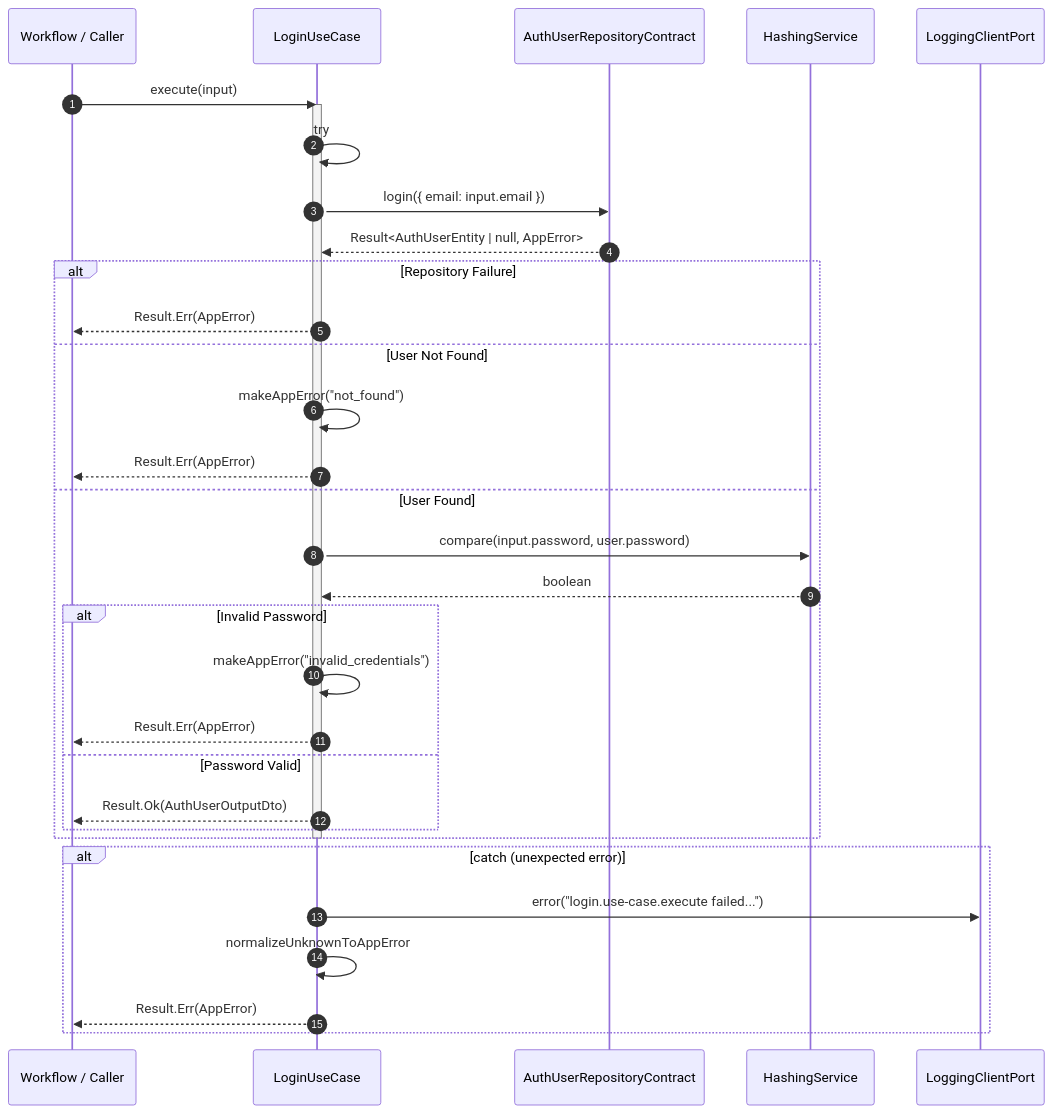
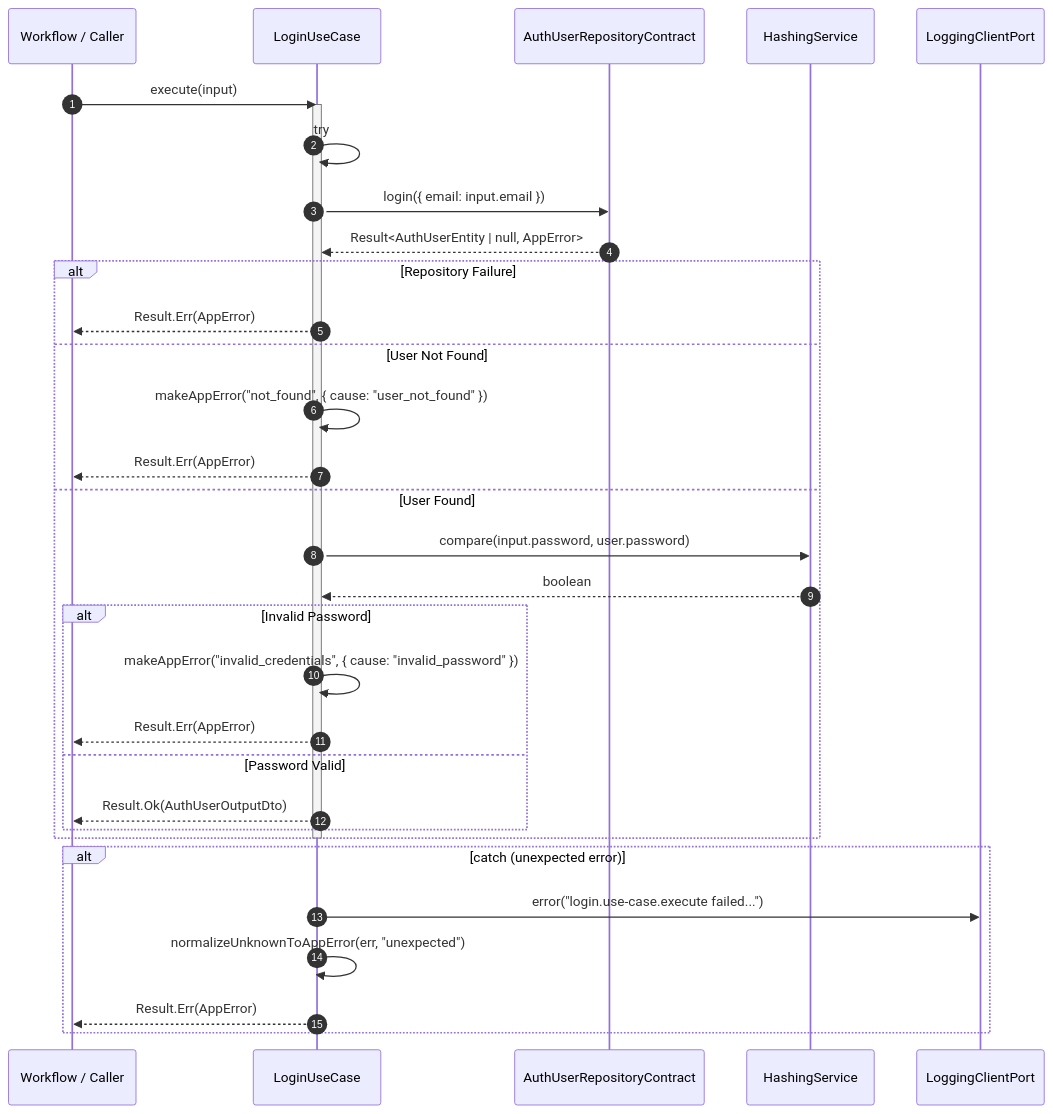
Before and after one commit to andrewpetersondev/nextjs-dashboard: the sixth of 12 diagrams in src/modules/auth/server/infrastructure/db/dal/README.md, drawn with Mermaid. The commit also changed other lines of this file, not shown here.

Commit message:
docs: update flowcharts and sequence diagrams for DAL and LoginUseCase

````diff
--- a/src/modules/auth/server/infrastructure/db/dal/README.md
+++ b/src/modules/auth/server/infrastructure/db/dal/README.md
@@ -240,43 +239,43 @@
 ```mermaid
 sequenceDiagram
   autonumber
 
   participant WF as Workflow / Caller
   participant UC as LoginUseCase
   participant REPO as AuthUserRepositoryContract
   participant HASH as HashingService
   participant LOG as LoggingClientPort
 
   WF->>UC: execute(input)
   activate UC
 
   UC->>UC: try
 
   UC->>REPO: login({ email: input.email })
   REPO-->>UC: Result<AuthUserEntity | null, AppError>
 
   alt Repository Failure
     UC-->>WF: Result.Err(AppError)
   else User Not Found
-    UC->>UC: makeAppError("not_found")
+    UC->>UC: makeAppError("not_found", { cause: "user_not_found" })
     UC-->>WF: Result.Err(AppError)
   else User Found
     UC->>HASH: compare(input.password, user.password)
     HASH-->>UC: boolean
 
     alt Invalid Password
-      UC->>UC: makeAppError("invalid_credentials")
+      UC->>UC: makeAppError("invalid_credentials", { cause: "invalid_password" })
       UC-->>WF: Result.Err(AppError)
     else Password Valid
       UC-->>WF: Result.Ok(AuthUserOutputDto)
     end
   end
 
   deactivate UC
 
   alt catch (unexpected error)
     UC->>LOG: error("login.use-case.execute failed...")
-    UC->>UC: normalizeUnknownToAppError
+    UC->>UC: normalizeUnknownToAppError(err, "unexpected")
     UC-->>WF: Result.Err(AppError)
   end
 ```
````
